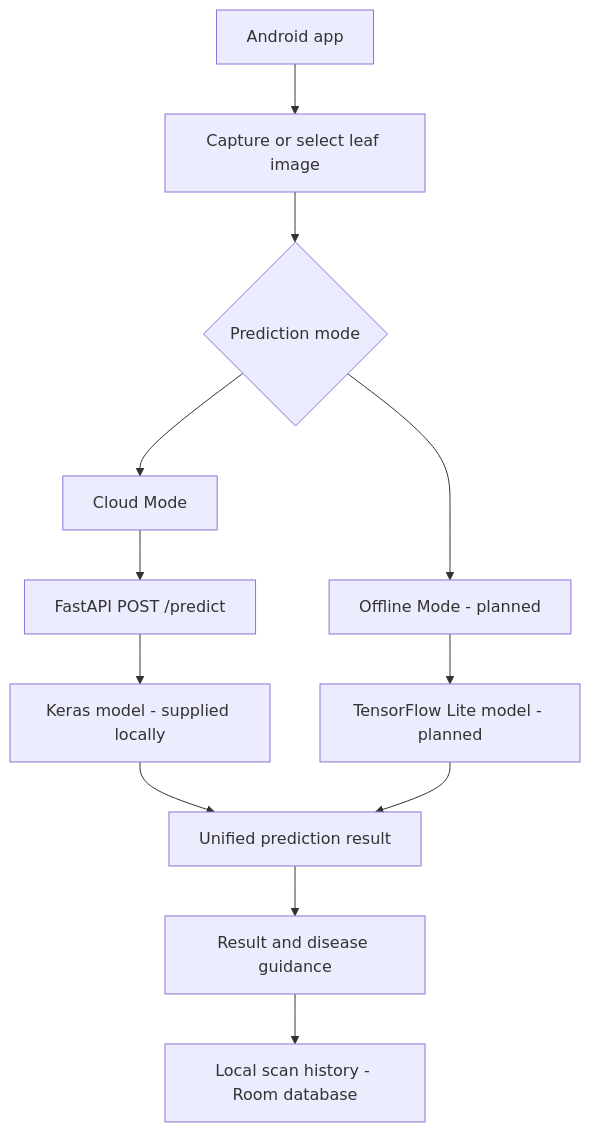
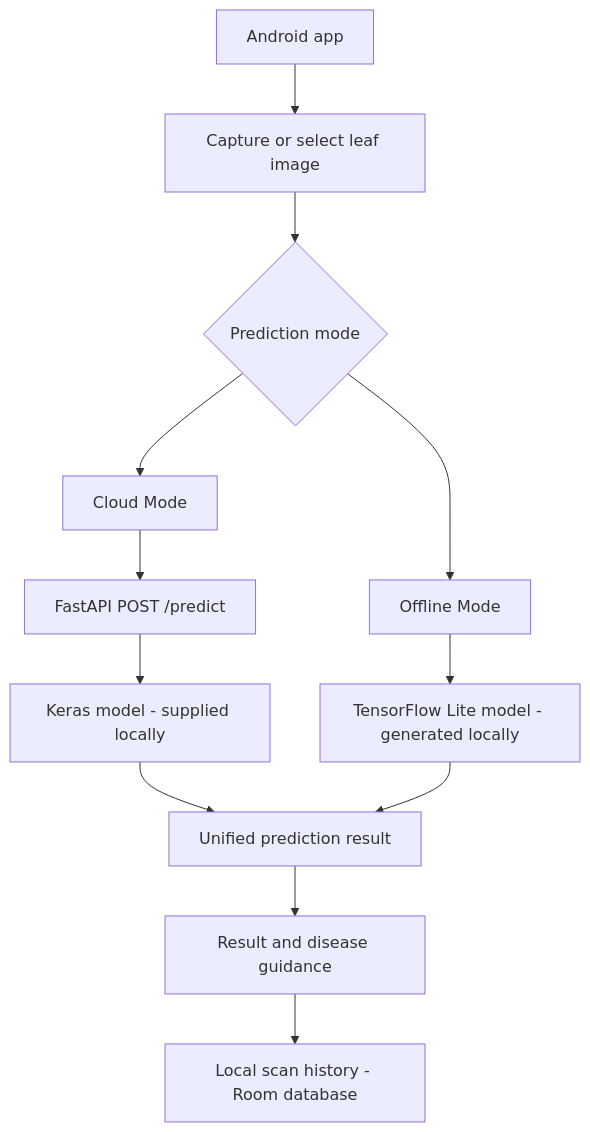
The diagram in README.md (M-F-Tushar/Cropora), drawn with Mermaid before and after one commit. The commit also changed other lines of this file, not shown here.

Commit message:
Document offline prediction setup

````diff
--- a/README.md
+++ b/README.md
@@ -57,14 +58,14 @@
 ```mermaid
 flowchart TD
     A[Android app] --> B[Capture or select leaf image]
     B --> C{Prediction mode}
     C --> D[Cloud Mode]
-    C --> E[Offline Mode - planned]
+    C --> E[Offline Mode]
     D --> F[FastAPI POST /predict]
     F --> G[Keras model - supplied locally]
-    E --> H[TensorFlow Lite model - planned]
+    E --> H[TensorFlow Lite model - generated locally]
     G --> I[Unified prediction result]
     H --> I
     I --> J[Result and disease guidance]
     J --> K[Local scan history - Room database]
 ```
````
